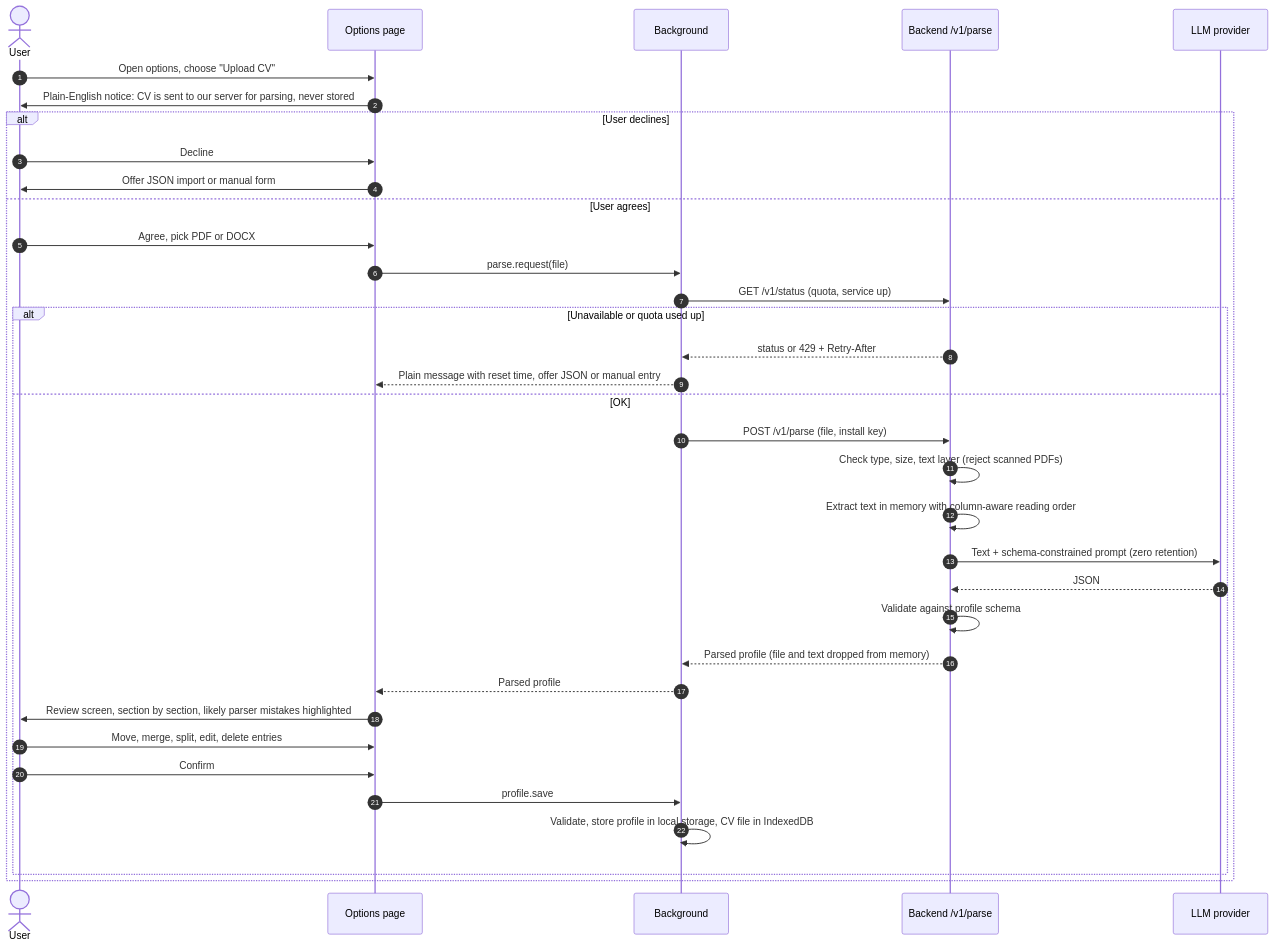
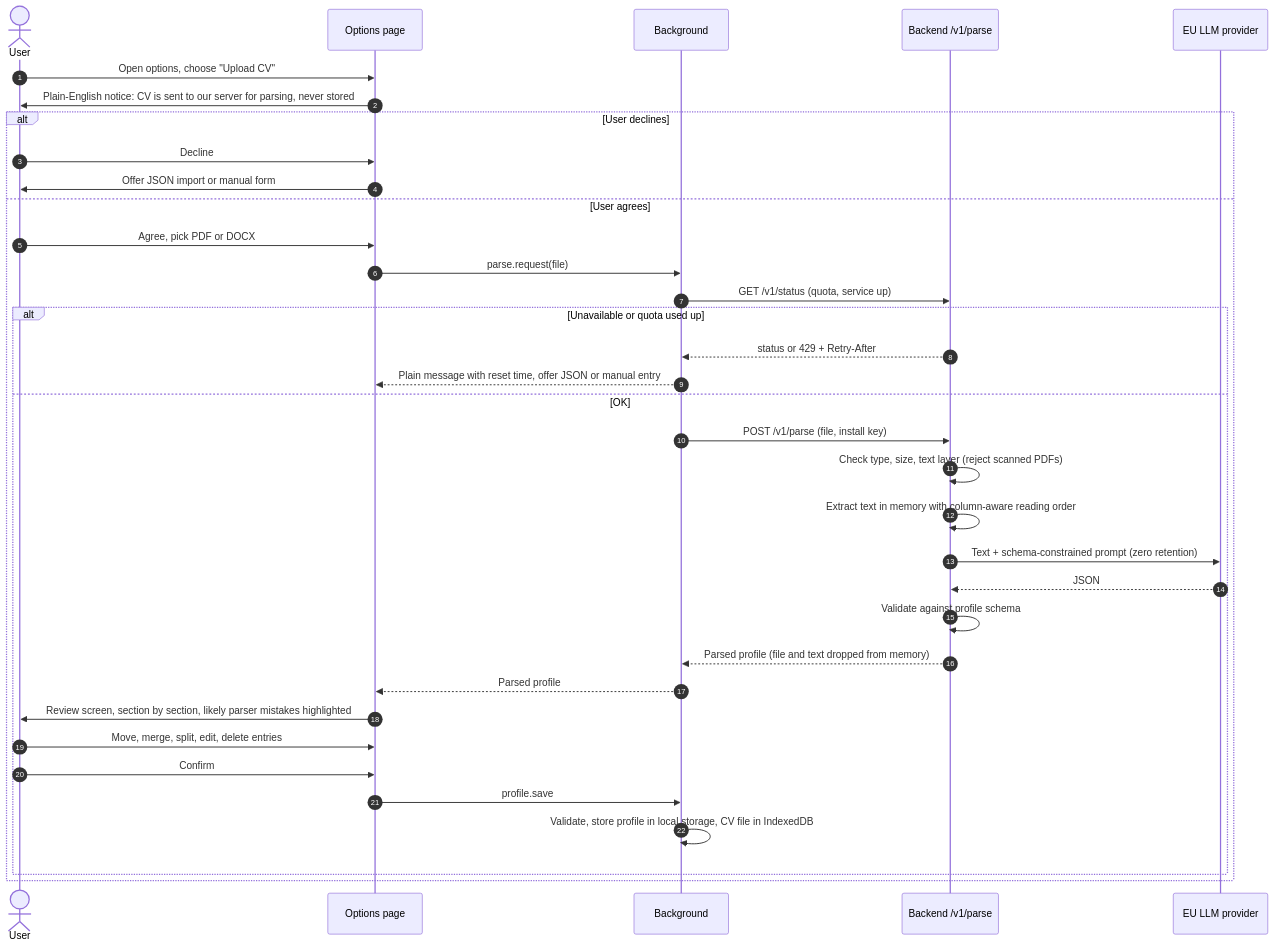
The fifth of 6 diagrams in docs/architecture.md (mustaphi-dev/cv-autofill), drawn with Mermaid before and after one commit. The commit also changed other lines of this file and 3 other files, not shown here.

````diff
--- a/docs/architecture.md
+++ b/docs/architecture.md
@@ -175,38 +204,38 @@
 ```mermaid
 sequenceDiagram
     autonumber
     actor U as User
     participant O as Options page
     participant B as Background
     participant A as Backend /v1/parse
-    participant L as LLM provider
+    participant L as EU LLM provider
 
     U->>O: Open options, choose "Upload CV"
     O->>U: Plain-English notice: CV is sent to our server for parsing, never stored
     alt User declines
         U->>O: Decline
         O->>U: Offer JSON import or manual form
     else User agrees
         U->>O: Agree, pick PDF or DOCX
         O->>B: parse.request(file)
         B->>A: GET /v1/status (quota, service up)
         alt Unavailable or quota used up
             A-->>B: status or 429 + Retry-After
             B-->>O: Plain message with reset time, offer JSON or manual entry
         else OK
             B->>A: POST /v1/parse (file, install key)
             A->>A: Check type, size, text layer (reject scanned PDFs)
             A->>A: Extract text in memory with column-aware reading order
             A->>L: Text + schema-constrained prompt (zero retention)
             L-->>A: JSON
             A->>A: Validate against profile schema
             A-->>B: Parsed profile (file and text dropped from memory)
             B-->>O: Parsed profile
             O->>U: Review screen, section by section, likely parser mistakes highlighted
             U->>O: Move, merge, split, edit, delete entries
             U->>O: Confirm
             O->>B: profile.save
             B->>B: Validate, store profile in local storage, CV file in IndexedDB
         end
     end
 ```
````
